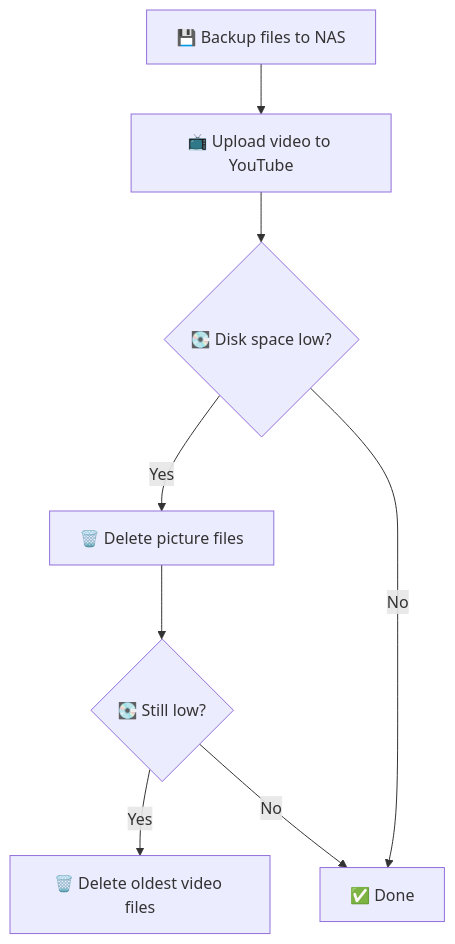
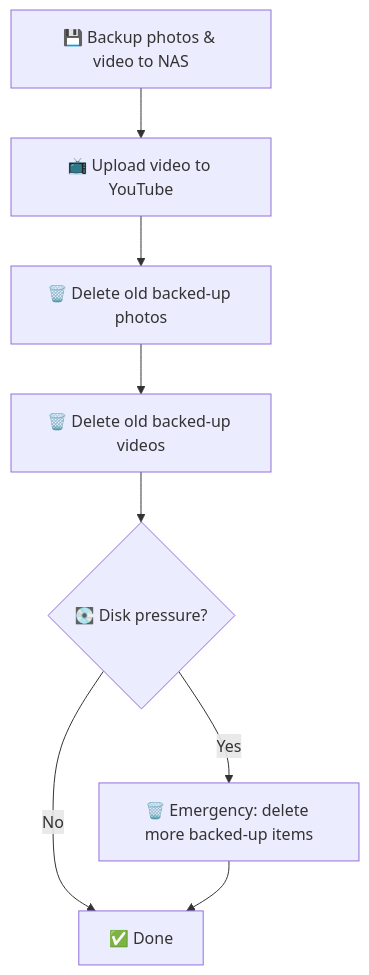
One commit to jackwaddington/smart-timelapse-pipeline changed the fifth of 5 diagrams in README.md. Above: the diagram before and after it, drawn with Mermaid. The commit also changed other lines of this file, not shown here.

````diff
--- a/README.md
+++ b/README.md
@@ -62,10 +63,10 @@
 ```mermaid
 graph TD
-    A[💾 Backup files to NAS] --> B[📺 Upload video to YouTube]
-    B --> C{💽 Disk space low?}
-    C -->|Yes| D[🗑️ Delete picture files]
-    D --> E{💽 Still low?}
-    E -->|Yes| F[🗑️ Delete oldest video files]
+    A[💾 Backup photos & video to NAS] --> B[📺 Upload video to YouTube]
+    B --> C[🗑️ Delete old backed-up photos]
+    C --> D[🗑️ Delete old backed-up videos]
+    D --> E{💽 Disk pressure?}
+    E -->|Yes| F[🗑️ Emergency: delete more backed-up items]
     E -->|No| G[✅ Done]
-    C -->|No| G
+    F --> G
 ```
````
